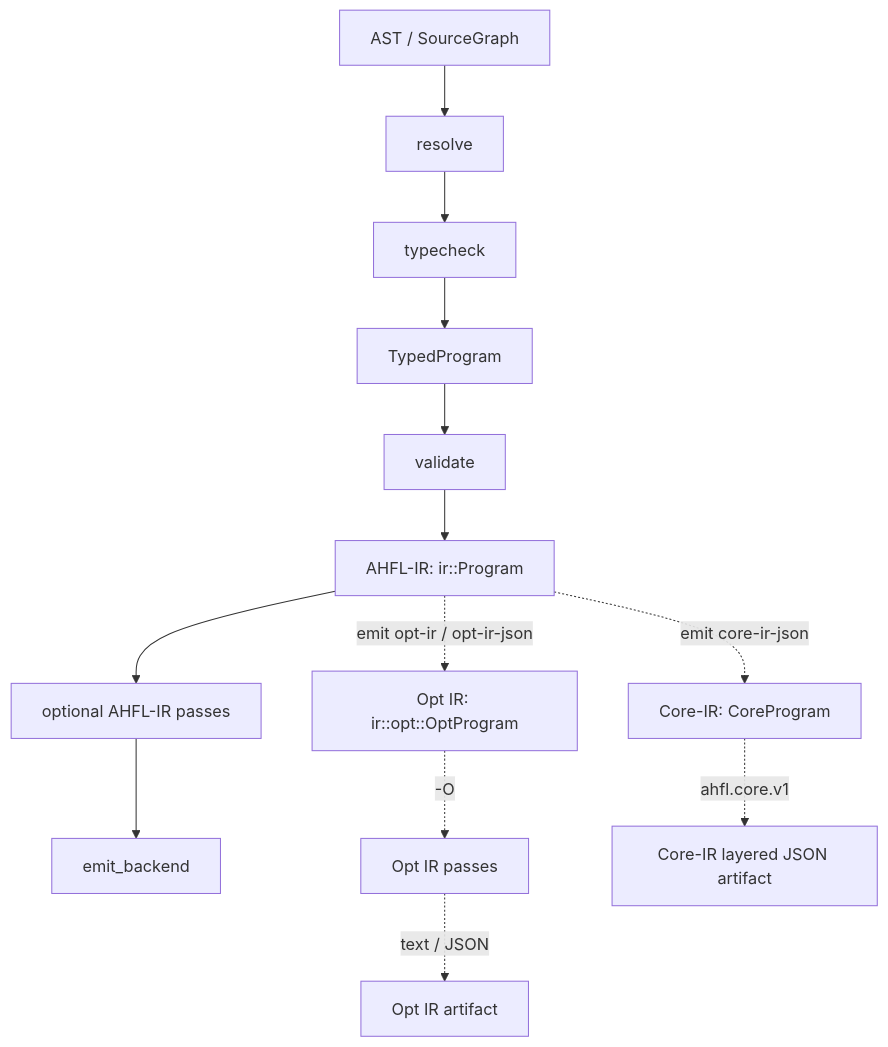
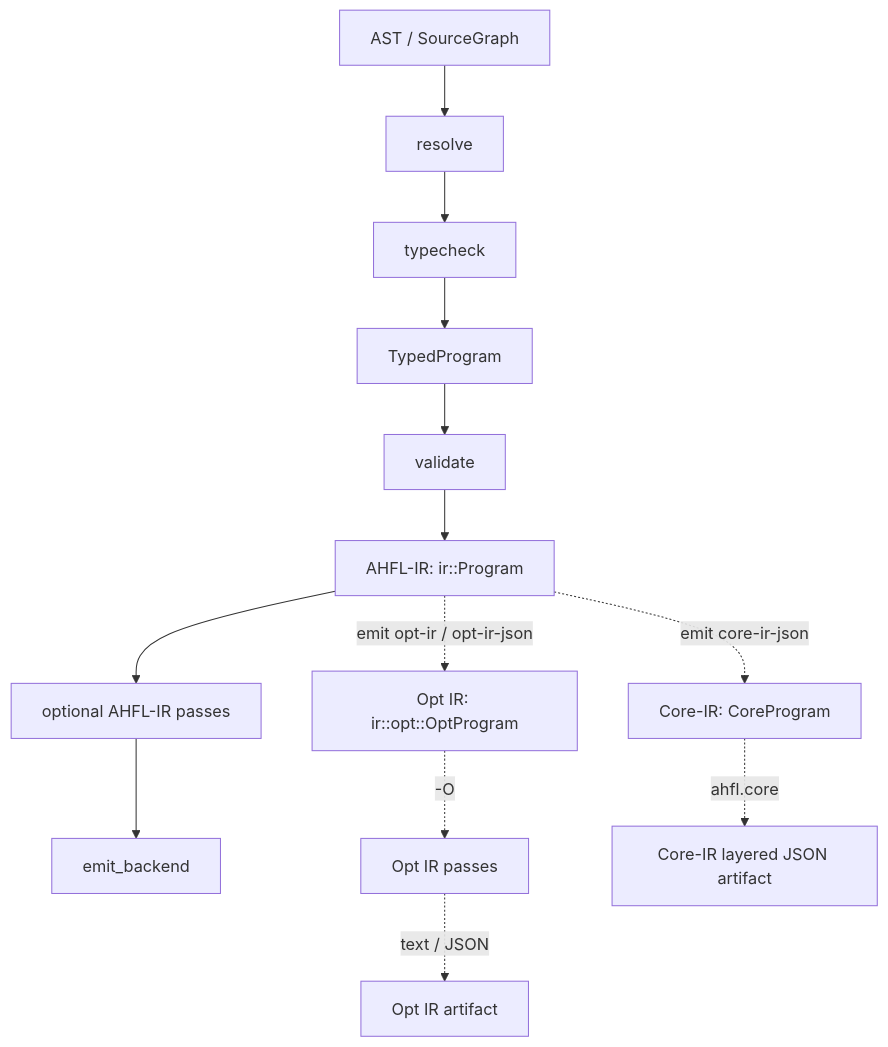
The diagram in docs/design/ir-backend-architecture.zh.md (Zzzode/AHFL), drawn with Mermaid before and after one commit. The commit also changed other lines of this file and 933 other files, not shown here.

````diff
--- a/docs/design/ir-backend-architecture.zh.md
+++ b/docs/design/ir-backend-architecture.zh.md
@@ -26,15 +26,15 @@
 ```mermaid
 flowchart TD
     Source[AST / SourceGraph] --> Resolve[resolve]
     Resolve --> Typecheck[typecheck]
     Typecheck --> TypedHIR[TypedProgram]
     TypedHIR --> Validate[validate]
     Validate --> SemanticIR[AHFL-IR: ir::Program]
     SemanticIR --> SemanticPasses[optional AHFL-IR passes]
     SemanticPasses --> Backend[emit_backend]
     SemanticIR -. "emit opt-ir / opt-ir-json" .-> OptIR[Opt IR: ir::opt::OptProgram]
     OptIR -. "-O" .-> OptPasses[Opt IR passes]
     OptPasses -. "text / JSON" .-> OptArtifact[Opt IR artifact]
     SemanticIR -. "emit core-ir-json" .-> CoreIR[Core-IR: CoreProgram]
-    CoreIR -. "ahfl.core.v1" .-> CoreArtifact[Core-IR layered JSON artifact]
+    CoreIR -. "ahfl.core" .-> CoreArtifact[Core-IR layered JSON artifact]
 ```
````
